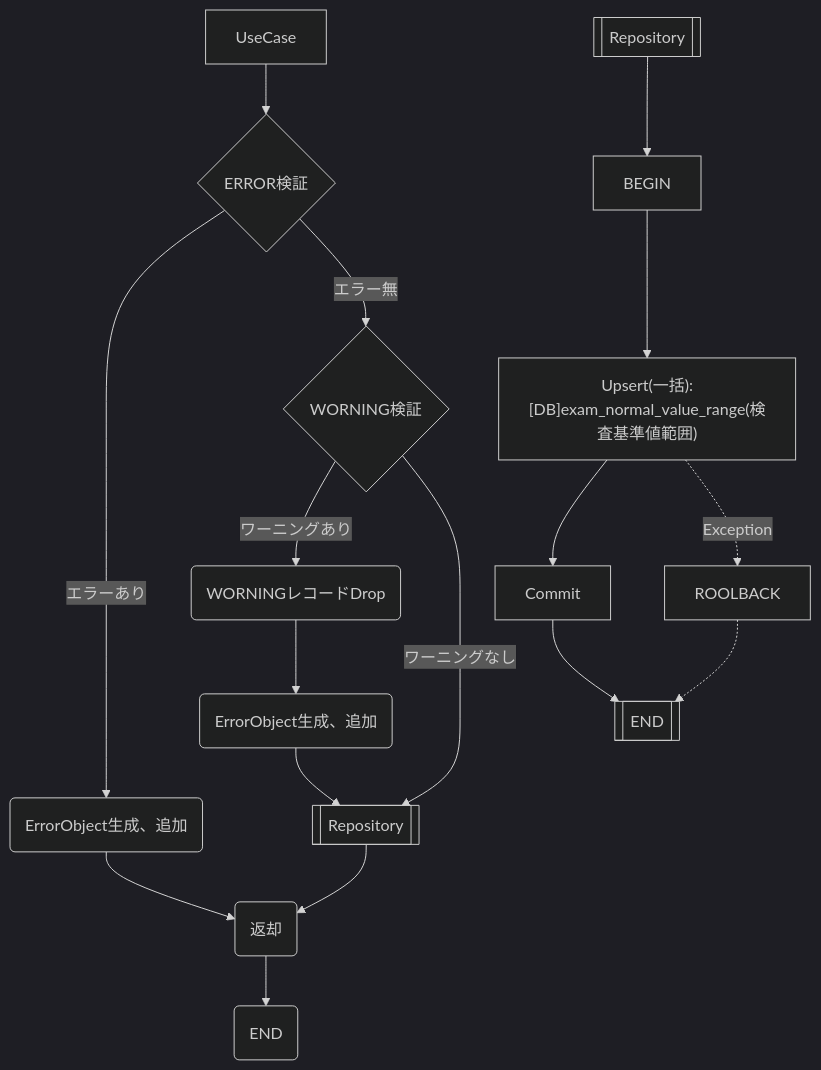
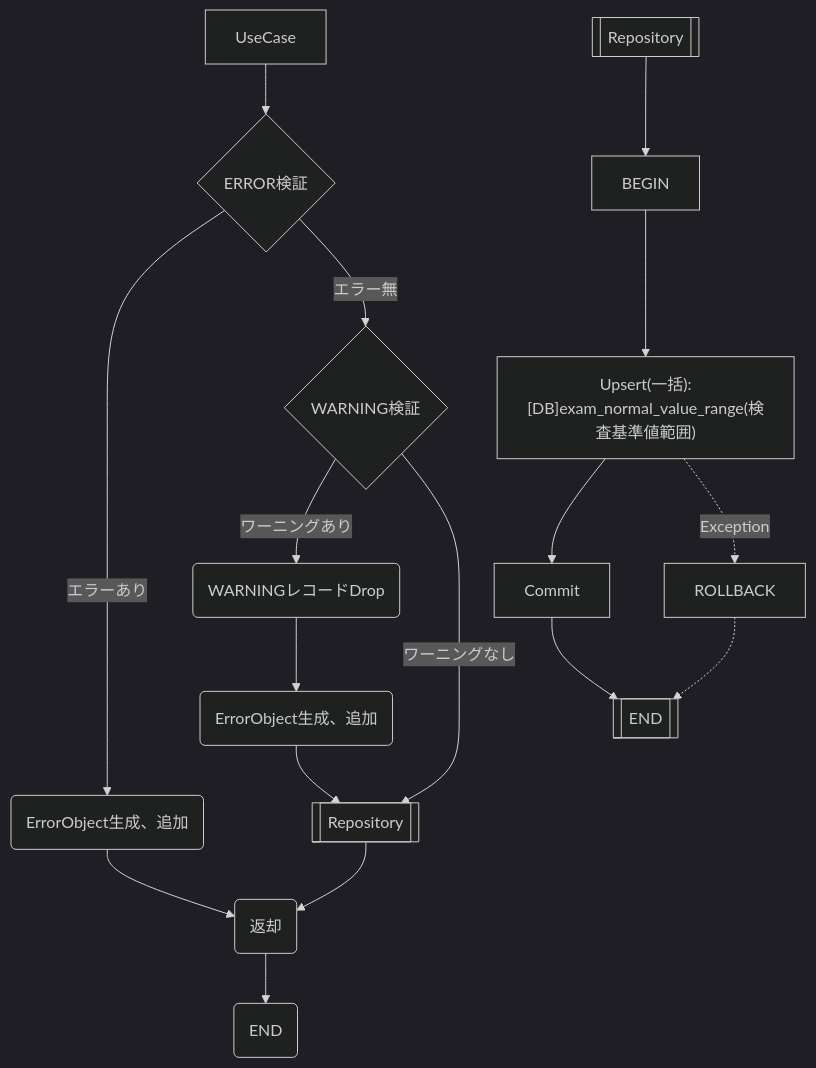
Before and after one commit to MrWangpeilin945/FlutterIOS: the diagram in Documents/外部IF設計書/src/docs/インターフェース/EC2009_基準値(範囲)を登録する.adoc, drawn with Mermaid (dark theme). The commit also changed other lines of this file, not shown here.

Commit message:
誤字修正

```diff
--- a/Documents/外部IF設計書/src/docs/インターフェース/EC2009_基準値(範囲)を登録する.adoc
+++ b/Documents/外部IF設計書/src/docs/インターフェース/EC2009_基準値(範囲)を登録する.adoc
@@ -10,21 +10,21 @@
 [mermaid]
 ----
 flowchart TD
     A[UseCase] --> ERROR{ERROR検証}
     ERROR -- エラーあり --> C(ErrorObject生成、追加)
-    ERROR -- エラー無 --> WORNING{WORNING検証}    
-    WORNING -- ワーニングあり --> DROP(WORNINGレコードDrop)
-    DROP(WORNINGレコードDrop) --> DROP_REC(ErrorObject生成、追加)
+    ERROR -- エラー無 --> WARNING{WARNING検証}    
+    WARNING -- ワーニングあり --> DROP(WARNINGレコードDrop)
+    DROP(WARNINGレコードDrop) --> DROP_REC(ErrorObject生成、追加)
     DROP_REC --> D[[Repository]]
-    WORNING -- ワーニングなし --> D
+    WARNING -- ワーニングなし --> D
     C --> E(返却)
     D --> E
     E --> UseCaseEND(END)
 
     F[[Repository]] --> G[BEGIN]
     G --> H["Upsert(一括):[DB]exam_normal_value_range(検査基準値範囲)"]
     H --> K[Commit]
-    H -.Exception.-> ROOLBACK[ROOLBACK]
+    H -.Exception.-> ROLLBACK[ROLLBACK]
     K --> RepositoryEND[[END]]
-    ROOLBACK .-> RepositoryEND
+    ROLLBACK .-> RepositoryEND
 ----
```
